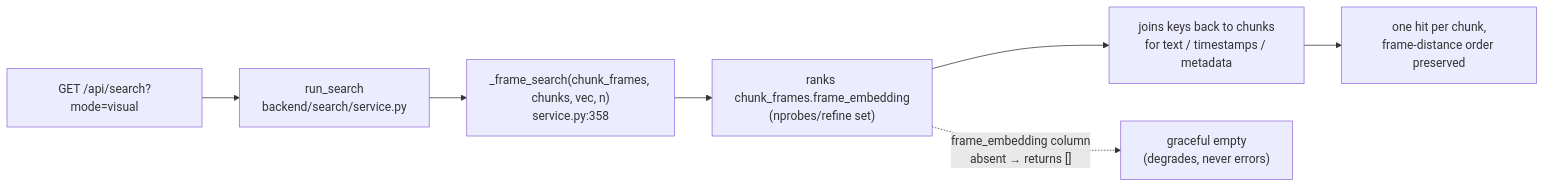
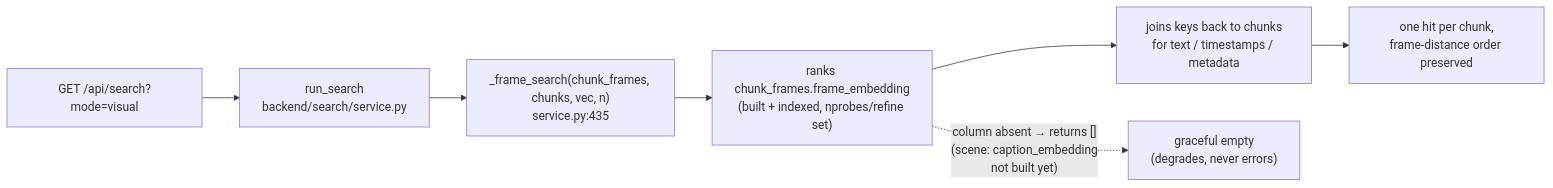
Before and after one commit to Borg93/lance-audio-demo: the second of 2 diagrams in docs/INVESTIGATION.md, drawn with Mermaid. The commit also changed other lines of this file and 29 other files, not shown here.

````diff
--- a/docs/INVESTIGATION.md
+++ b/docs/INVESTIGATION.md
@@ -148,9 +158,9 @@
 ```mermaid
 flowchart LR
     Q["GET /api/search?mode=visual"] --> RS["run_search<br/>backend/search/service.py"]
-    RS --> FS["_frame_search(chunk_frames, chunks, vec, n)<br/>service.py:358"]
-    FS --> CF["ranks chunk_frames.frame_embedding<br/>(nprobes/refine set)"]
+    RS --> FS["_frame_search(chunk_frames, chunks, vec, n)<br/>service.py:435"]
+    FS --> CF["ranks chunk_frames.frame_embedding<br/>(built + indexed, nprobes/refine set)"]
     CF --> JOIN["joins keys back to chunks<br/>for text / timestamps / metadata"]
     JOIN --> HITS["one hit per chunk,<br/>frame-distance order preserved"]
-    CF -.->|"frame_embedding column<br/>absent → returns []"| EMPTY["graceful empty<br/>(degrades, never errors)"]
+    CF -.->|"column absent → returns []<br/>(scene: caption_embedding<br/>not built yet)"| EMPTY["graceful empty<br/>(degrades, never errors)"]
 ```
````
